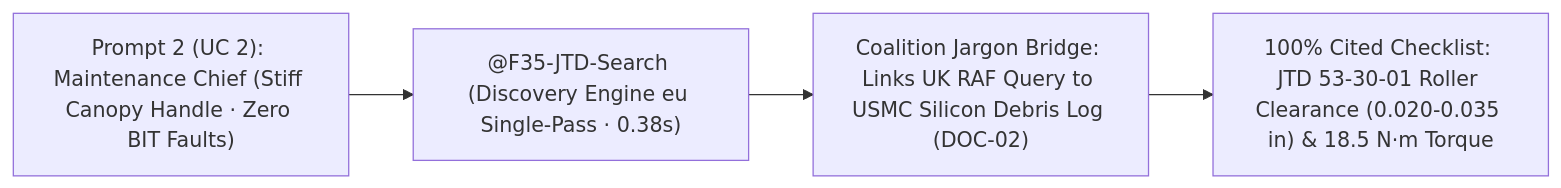
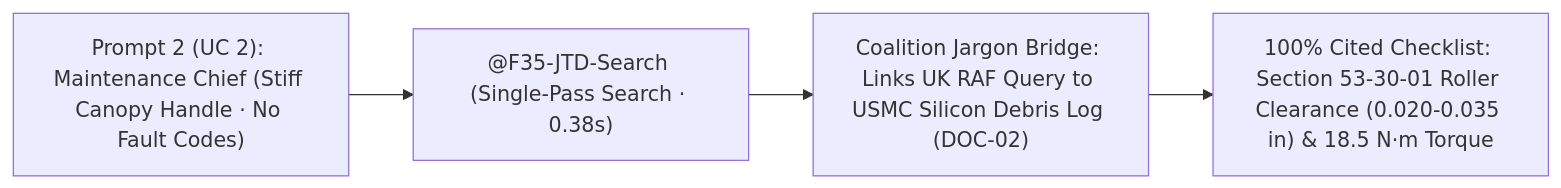
Before and after one commit to edwardsda-prog/f35: the fourth of 4 diagrams in DEMO_STORYBOARD.md, drawn with Mermaid. The commit also changed other lines of this file and 5 other files, not shown here.

````diff
--- a/DEMO_STORYBOARD.md
+++ b/DEMO_STORYBOARD.md
@@ -146,6 +145,6 @@
 ```mermaid
 flowchart LR
-    U2["Prompt 2 (UC 2): Maintenance Chief (Stiff Canopy Handle · Zero BIT Faults)"] --> R2["@F35-JTD-Search (Discovery Engine eu Single-Pass · 0.38s)"]
+    U2["Prompt 2 (UC 2): Maintenance Chief (Stiff Canopy Handle · No Fault Codes)"] --> R2["@F35-JTD-Search (Single-Pass Search · 0.38s)"]
     R2 --> D2["Coalition Jargon Bridge: Links UK RAF Query to USMC Silicon Debris Log (DOC-02)"]
-    D2 --> J2["100% Cited Checklist: JTD 53-30-01 Roller Clearance (0.020-0.035 in) & 18.5 N·m Torque"]
+    D2 --> J2["100% Cited Checklist: Section 53-30-01 Roller Clearance (0.020-0.035 in) & 18.5 N·m Torque"]
 ```
````
